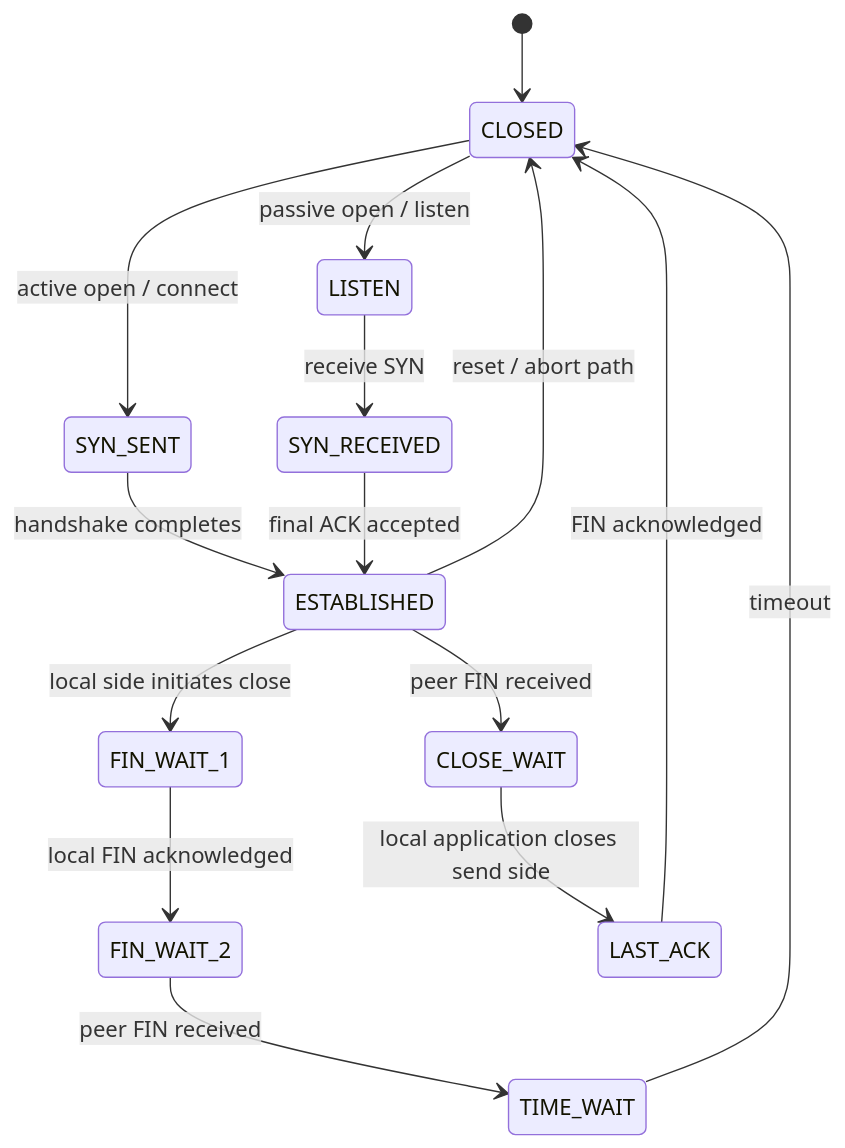
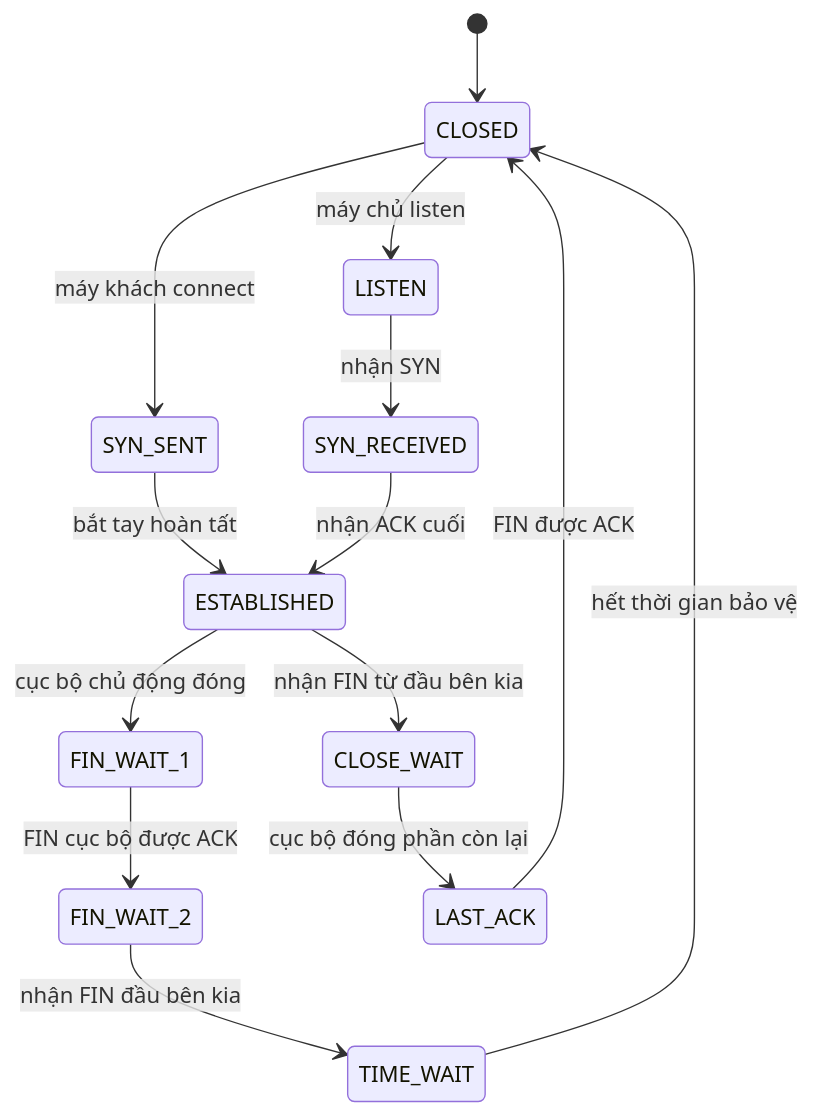
The second of 2 diagrams in phase-01/README-topic-09.md (hai-kevins/embedded-linux), drawn with Mermaid before and after one commit. The commit also changed other lines of this file and 9 other files, not shown here.

````diff
--- a/phase-01/README-topic-09.md
+++ b/phase-01/README-topic-09.md
@@ -2144,23 +1266,16 @@
 ```mermaid
 stateDiagram-v2
     [*] --> CLOSED
-
-    CLOSED --> LISTEN: passive open / listen
-    CLOSED --> SYN_SENT: active open / connect
-
-    LISTEN --> SYN_RECEIVED: receive SYN
-    SYN_SENT --> ESTABLISHED: handshake completes
-    SYN_RECEIVED --> ESTABLISHED: final ACK accepted
-
-    ESTABLISHED --> FIN_WAIT_1: local side initiates close
-    ESTABLISHED --> CLOSE_WAIT: peer FIN received
-
-    FIN_WAIT_1 --> FIN_WAIT_2: local FIN acknowledged
-    FIN_WAIT_2 --> TIME_WAIT: peer FIN received
-    CLOSE_WAIT --> LAST_ACK: local application closes send side
-    LAST_ACK --> CLOSED: FIN acknowledged
-
-    TIME_WAIT --> CLOSED: timeout
-
-    ESTABLISHED --> CLOSED: reset / abort path
+    CLOSED --> LISTEN: máy chủ listen
+    CLOSED --> SYN_SENT: máy khách connect
+    LISTEN --> SYN_RECEIVED: nhận SYN
+    SYN_SENT --> ESTABLISHED: bắt tay hoàn tất
+    SYN_RECEIVED --> ESTABLISHED: nhận ACK cuối
+    ESTABLISHED --> FIN_WAIT_1: cục bộ chủ động đóng
+    ESTABLISHED --> CLOSE_WAIT: nhận FIN từ đầu bên kia
+    FIN_WAIT_1 --> FIN_WAIT_2: FIN cục bộ được ACK
+    FIN_WAIT_2 --> TIME_WAIT: nhận FIN đầu bên kia
+    CLOSE_WAIT --> LAST_ACK: cục bộ đóng phần còn lại
+    LAST_ACK --> CLOSED: FIN được ACK
+    TIME_WAIT --> CLOSED: hết thời gian bảo vệ
 ```
````
